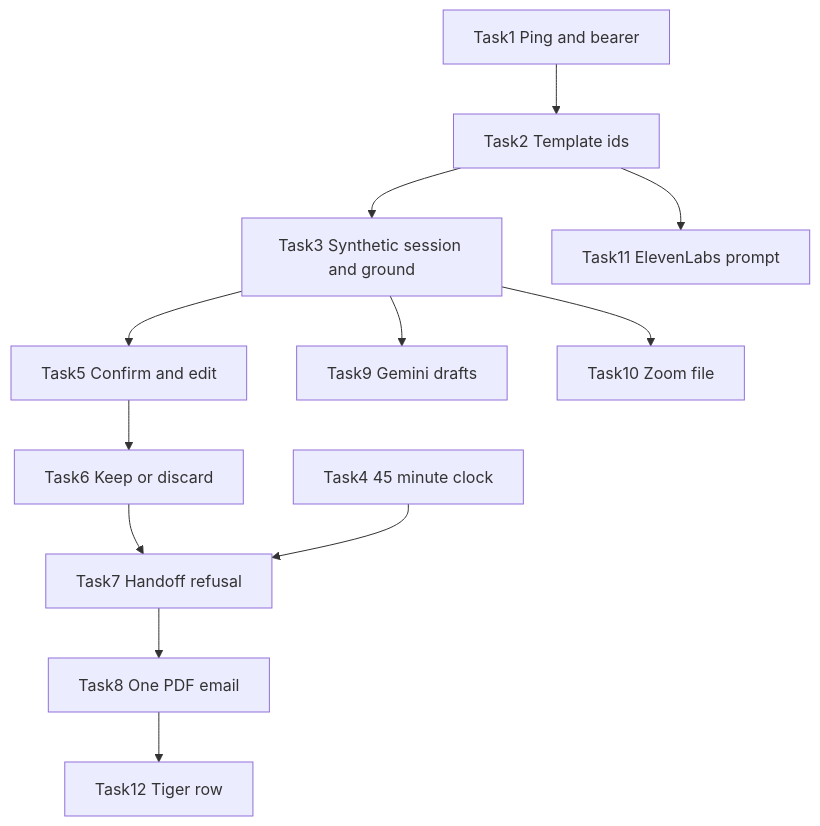
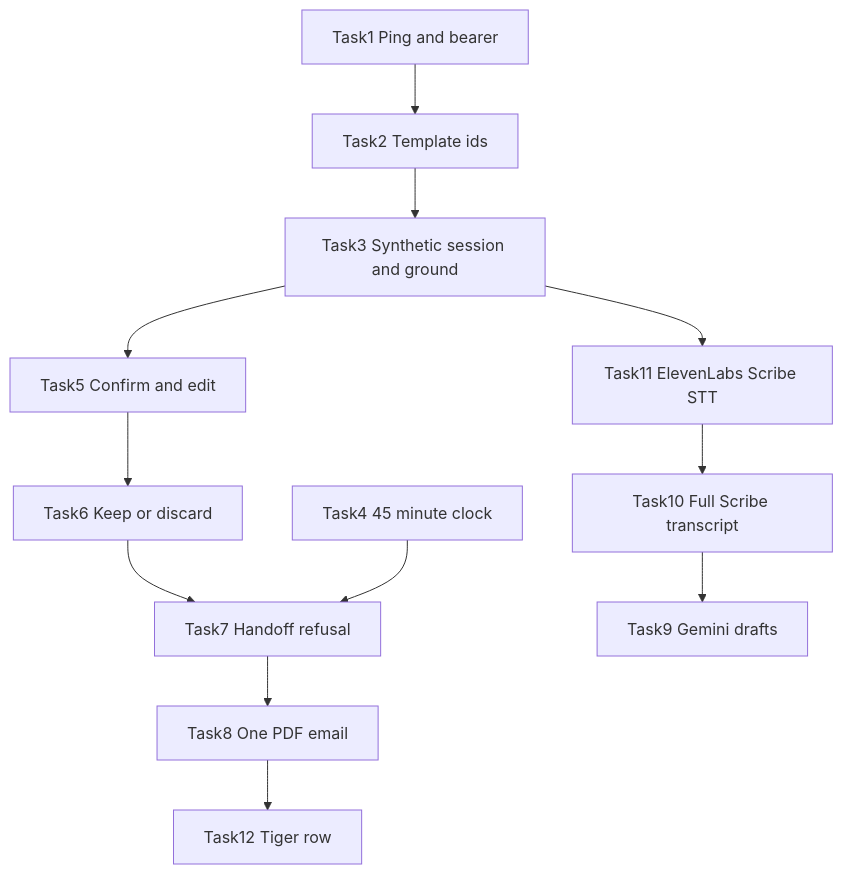
The second of 2 diagrams in tasks/plan.md (BrianMF7/HackNight), drawn with Mermaid before and after one commit. The commit also changed other lines of this file and 1 other file, not shown here.

````diff
--- a/tasks/plan.md
+++ b/tasks/plan.md
@@ -62,23 +70,21 @@
 ```mermaid
 flowchart TD
   ping[Task1 Ping and bearer]
   template[Task2 Template ids]
   session[Task3 Synthetic session and ground]
   clock[Task4 45 minute clock]
   confirm[Task5 Confirm and edit]
   choice[Task6 Keep or discard]
   gate[Task7 Handoff refusal]
   send[Task8 One PDF email]
+  scribe[Task11 ElevenLabs Scribe STT]
+  transcript[Task10 Full Scribe transcript]
   gemini[Task9 Gemini drafts]
-  zoom[Task10 Zoom file]
-  speech[Task11 ElevenLabs prompt]
   tiger[Task12 Tiger row]
   ping --> template --> session
   session --> confirm --> choice --> gate
   clock --> gate
   gate --> send
-  session --> gemini
-  session --> zoom
-  template --> speech
+  session --> scribe --> transcript --> gemini
   send --> tiger
 ```
````
